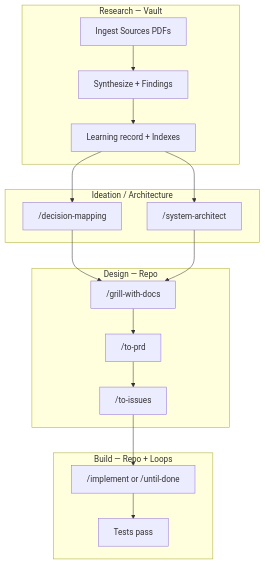
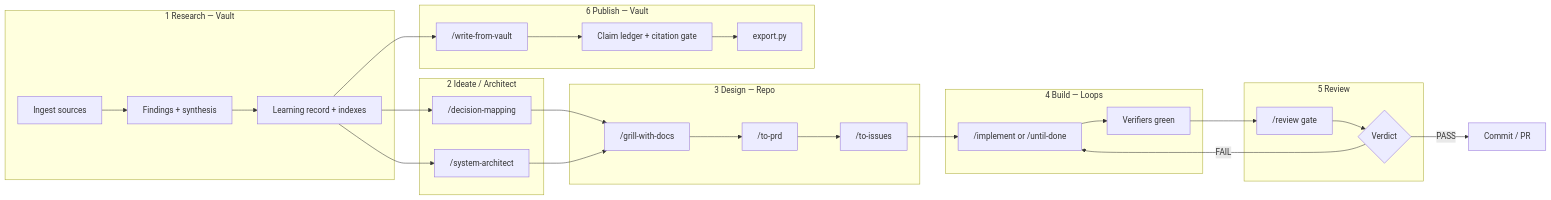
One commit to ChidiOkoene/optimal-brain changed the diagram in docs/PLAYBOOK.md. Above: the diagram before and after it, drawn with Mermaid. The commit also changed other lines of this file and 3 other files, not shown here.

First line of the commit message:
Playbook v2: six phases incl. Review and Publish, Lite path first, agent-agnostic setup

````diff
--- a/docs/PLAYBOOK.md
+++ b/docs/PLAYBOOK.md
@@ -67,28 +86,29 @@
 ```mermaid
-flowchart TB
-  subgraph research [Research — Vault]
-    R1[Ingest Sources PDFs]
-    R2[Synthesize + Findings]
-    R3[Learning record + Indexes]
+flowchart LR
+  subgraph research [1 Research — Vault]
+    R1[Ingest sources] --> R2[Findings + synthesis] --> R3[Learning record + indexes]
   end
-  subgraph ideate [Ideation / Architecture]
+  subgraph ideate [2 Ideate / Architect]
     I1["/decision-mapping"]
     I2["/system-architect"]
   end
-  subgraph design [Design — Repo]
-    D1["/grill-with-docs"]
-    D2["/to-prd"]
-    D3["/to-issues"]
+  subgraph design [3 Design — Repo]
+    D1["/grill-with-docs"] --> D2["/to-prd"] --> D3["/to-issues"]
   end
-  subgraph build [Build — Repo + Loops]
-    B1["/implement or /until-done"]
-    B2[Tests pass]
+  subgraph build [4 Build — Loops]
+    B1["/implement or /until-done"] --> B2[Verifiers green]
   end
-  R1 --> R2 --> R3
-  R3 --> I1
-  R3 --> I2
-  I1 --> D1
-  I2 --> D1
-  D1 --> D2 --> D3
-  D3 --> B1 --> B2
+  subgraph review [5 Review]
+    V1["/review gate"] --> V2{Verdict}
+  end
+  subgraph publish [6 Publish — Vault]
+    P1["/write-from-vault"] --> P2[Claim ledger + citation gate] --> P3[export.py]
+  end
+  R3 --> I1 & I2
+  I1 & I2 --> D1
+  D3 --> B1
+  B2 --> V1
+  V2 -- FAIL --> B1
+  V2 -- PASS --> C[Commit / PR]
+  R3 --> P1
 ```
````
